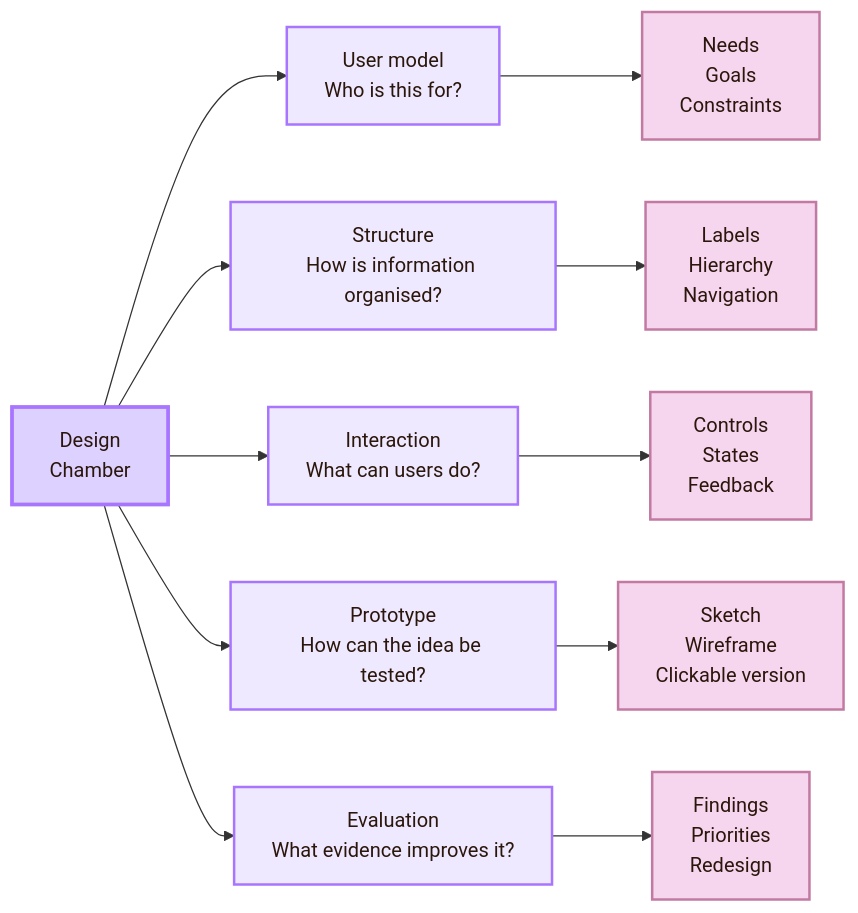
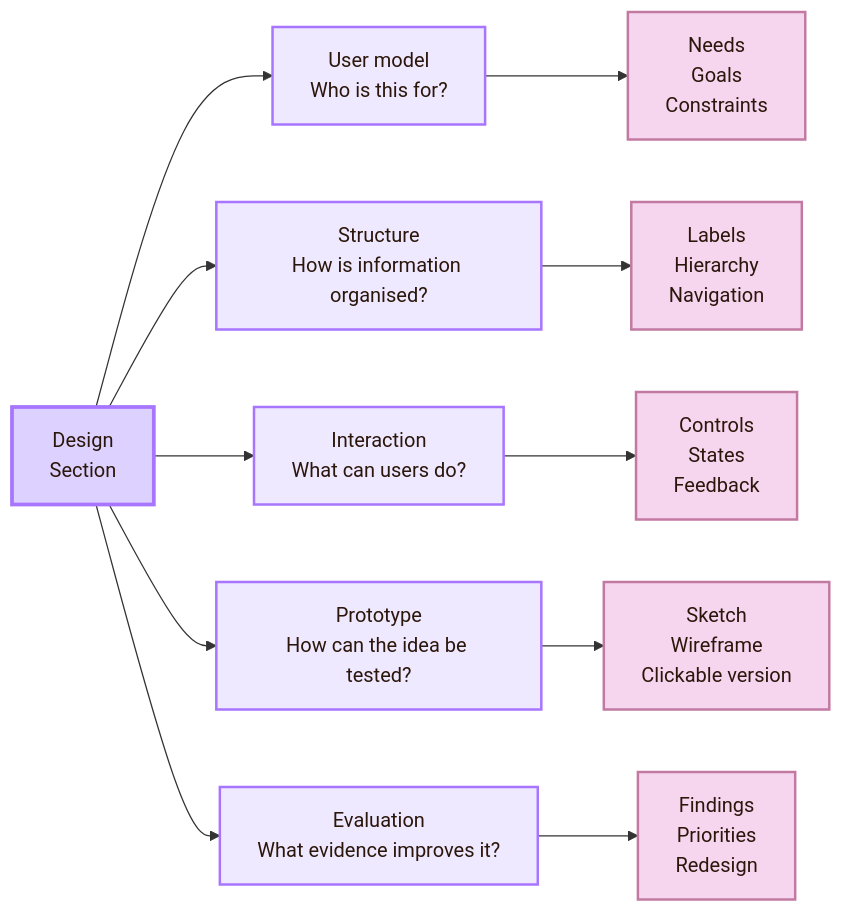
One commit to andreitegzes06-ui/CogniShire changed the first of 11 diagrams in 01_Core_Area_HCI/001_Subareas/01_Understanding_the_User/Activities/Design.md. Above: the diagram before and after it, drawn with Mermaid. The commit also changed other lines of this file and 132 other files, not shown here.

````diff
--- a/01_Core_Area_HCI/001_Subareas/01_Understanding_the_User/Activities/Design.md
+++ b/01_Core_Area_HCI/001_Subareas/01_Understanding_the_User/Activities/Design.md
@@ -35,22 +15,22 @@
 ```mermaid
 flowchart LR
-    A["Design<br/>Chamber"] --> B["User model<br/>Who is this for?"]
+    A["Design<br/>Section"] --> B["User model<br/>Who is this for?"]
     A --> C["Structure<br/>How is information organised?"]
     A --> D["Interaction<br/>What can users do?"]
     A --> E["Prototype<br/>How can the idea be tested?"]
     A --> F["Evaluation<br/>What evidence improves it?"]
 
     B --> B1["Needs<br/>Goals<br/>Constraints"]
     C --> C1["Labels<br/>Hierarchy<br/>Navigation"]
     D --> D1["Controls<br/>States<br/>Feedback"]
     E --> E1["Sketch<br/>Wireframe<br/>Clickable version"]
     F --> F1["Findings<br/>Priorities<br/>Redesign"]
 
     classDef center fill:#ddd2ff,stroke:#a875ff,color:#2b160b,stroke-width:3px;
     classDef node fill:#eee9ff,stroke:#a875ff,color:#2b160b,stroke-width:2px;
     classDef detail fill:#f6d6ee,stroke:#c27aa2,color:#2b160b,stroke-width:2px;
 
     class A center;
     class B,C,D,E,F node;
     class B1,C1,D1,E1,F1 detail;
 ```
````
